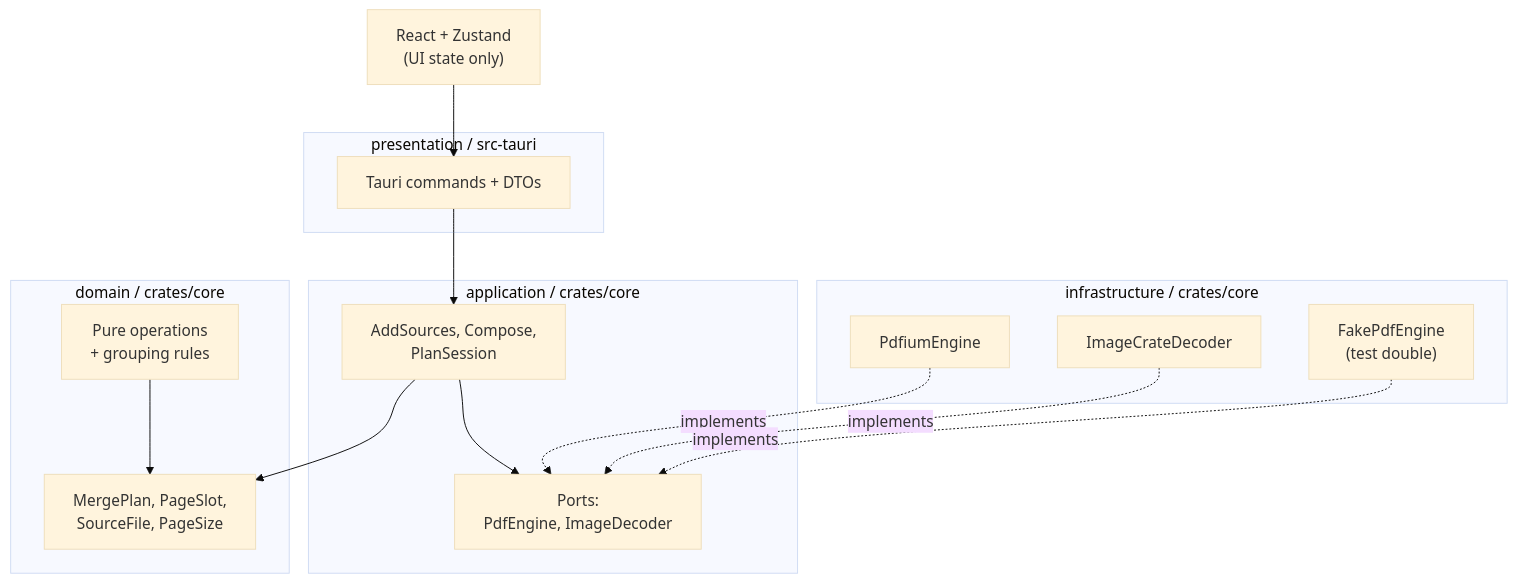
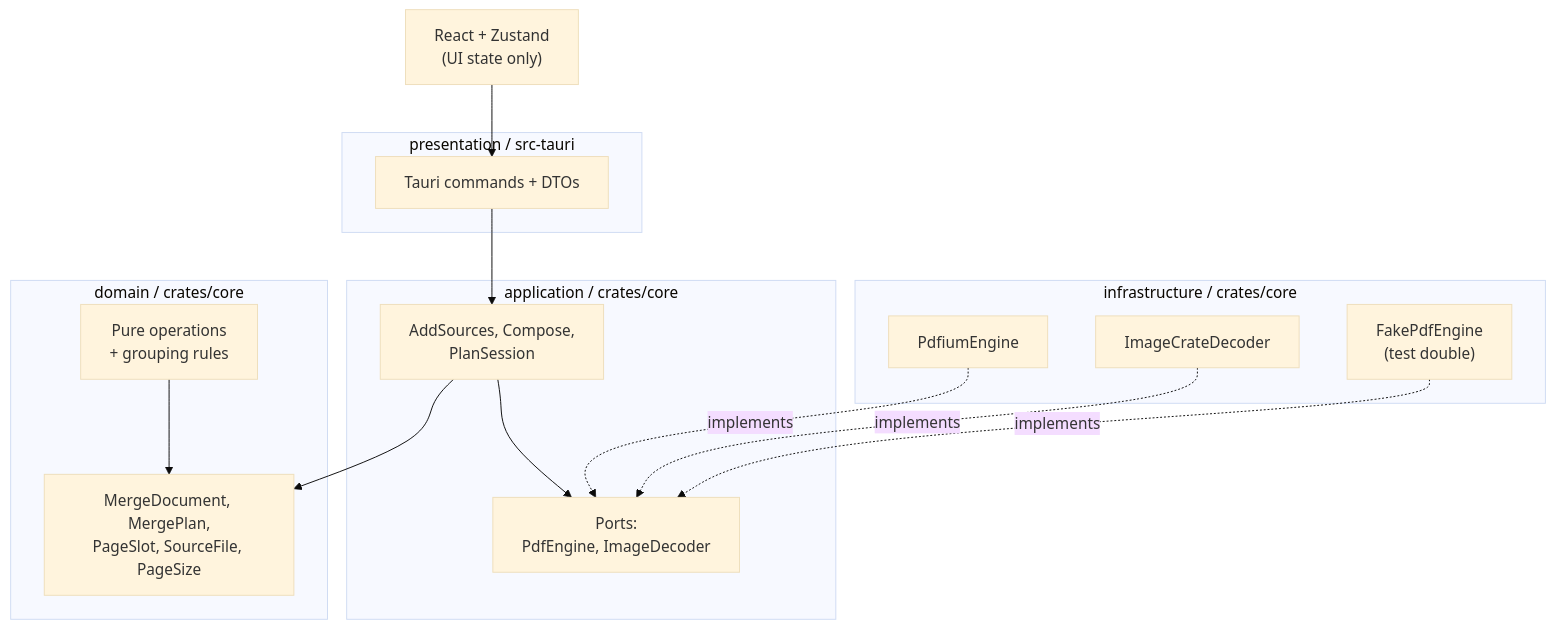
The diagram in docs/architecture.md (yasuflatland-lf/pdf-tools), drawn with Mermaid (base theme) before and after one commit. The commit also changed other lines of this file, not shown here.

Commit message:
docs: record the MergeDocument aggregate in the architecture

````diff
--- a/docs/architecture.md
+++ b/docs/architecture.md
@@ -33,28 +34,28 @@
 ```mermaid
 flowchart TB
     ui["React + Zustand<br>(UI state only)"]
     subgraph presentation["presentation / src-tauri"]
         cmd["Tauri commands + DTOs"]
     end
     subgraph application["application / crates/core"]
         uc["AddSources, Compose,<br>PlanSession"]
         ports["Ports:<br>PdfEngine, ImageDecoder"]
     end
     subgraph domain["domain / crates/core"]
-        model["MergePlan, PageSlot,<br>SourceFile, PageSize"]
+        model["MergeDocument, MergePlan,<br>PageSlot, SourceFile, PageSize"]
         ops["Pure operations<br>+ grouping rules"]
     end
     subgraph infra["infrastructure / crates/core"]
         pdfium["PdfiumEngine"]
         imgdec["ImageCrateDecoder"]
         fake["FakePdfEngine<br>(test double)"]
     end
     ui --> cmd
     cmd --> uc
     uc --> ports
     uc --> model
     ops --> model
     pdfium -.implements.-> ports
     imgdec -.implements.-> ports
     fake -.implements.-> ports
 ```
````
